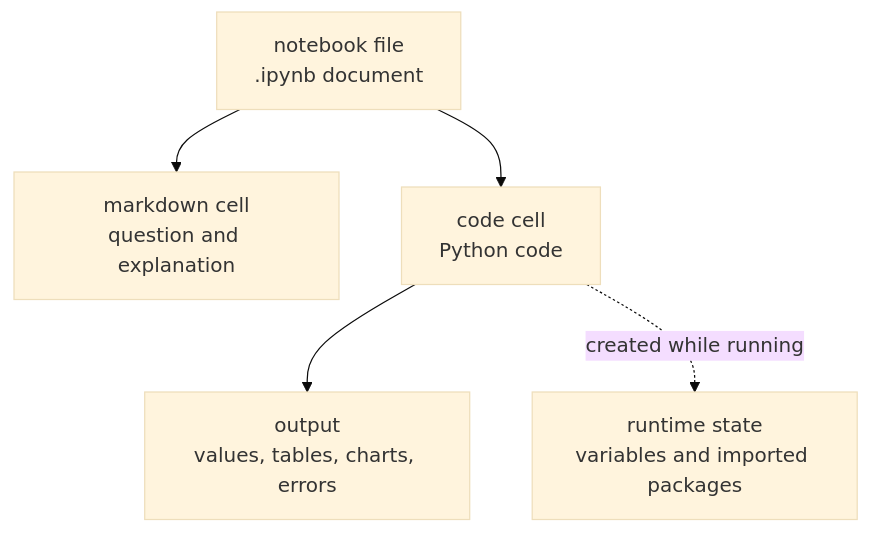
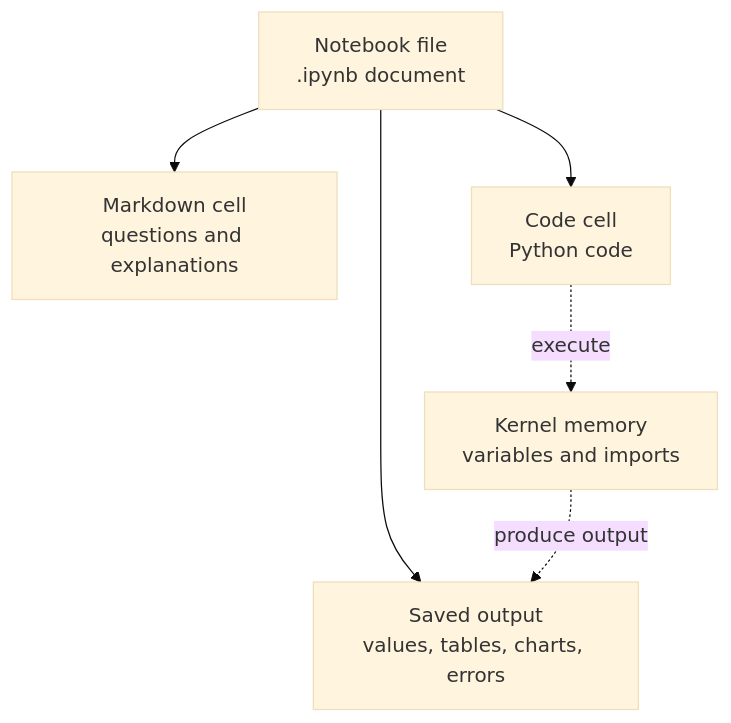
Before and after one commit to devchan64/AiBook: the diagram in docs/assets/part-02/chapter-10/notebook-structure-flow-en.mmd, drawn with Mermaid (base theme). The commit also changed 28 other files, not shown here.

Commit message:
docs: reinforce P2-10 notebooks and require Mermaid for suitable diagrams

```diff
--- a/docs/assets/part-02/chapter-10/notebook-structure-flow-en.mmd
+++ b/docs/assets/part-02/chapter-10/notebook-structure-flow-en.mmd
@@ -1,11 +1,11 @@
 flowchart TB
-  A["notebook file<br/>.ipynb document"]
-  B["markdown cell<br/>question and explanation"]
-  C["code cell<br/>Python code"]
-  D["output<br/>values, tables, charts, errors"]
-  E["runtime state<br/>variables and imported packages"]
-
+  A["Notebook file<br/>.ipynb document"]
+  B["Markdown cell<br/>questions and explanations"]
+  C["Code cell<br/>Python code"]
+  D["Saved output<br/>values, tables, charts, errors"]
+  E["Kernel memory<br/>variables and imports"]
   A --> B
   A --> C
-  C --> D
-  C -. "created while running" .-> E
+  A --> D
+  C -. "execute" .-> E
+  E -. "produce output" .-> D
```
